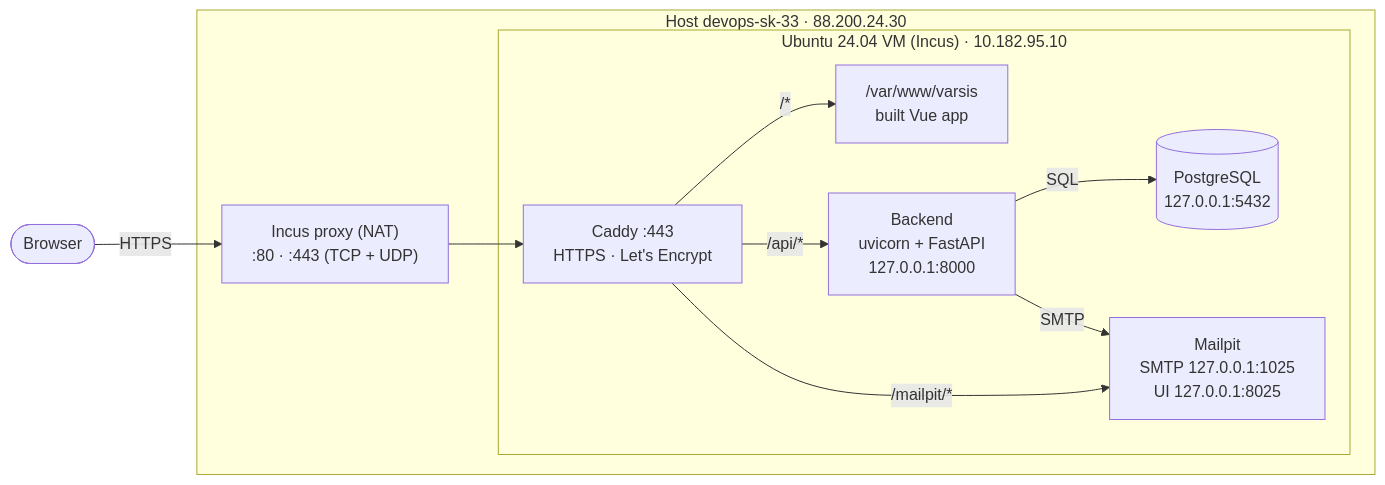
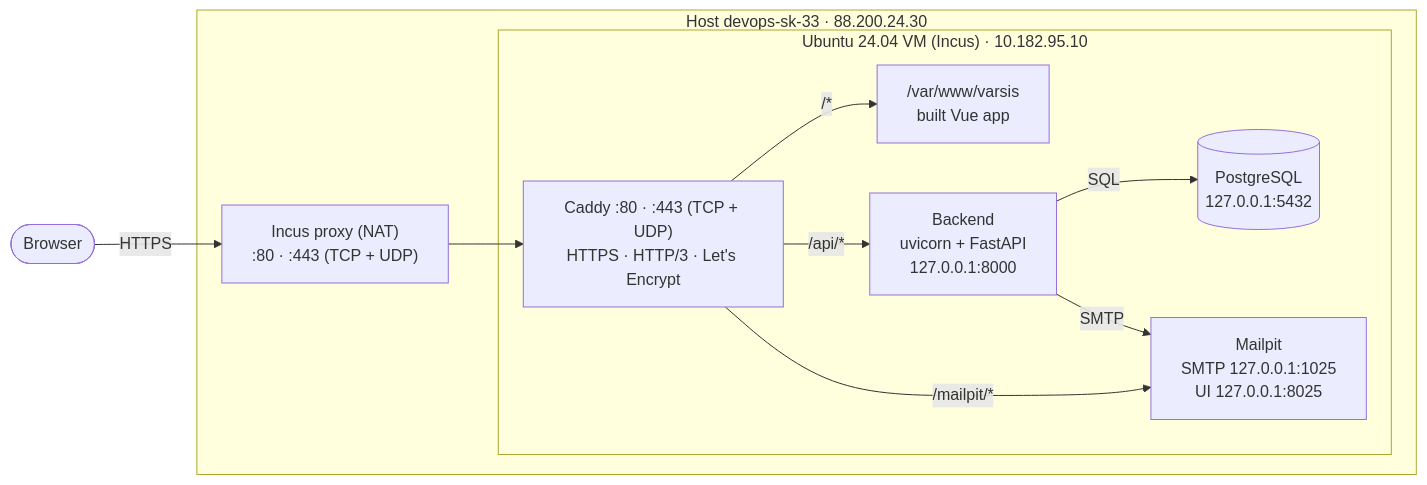
One commit to devops-fri-26/sk-33-virtualization changed the first of 2 diagrams in deploy/README.md. Above: the diagram before and after it, drawn with Mermaid. The commit also changed other lines of this file and 3 other files, not shown here.

````diff
--- a/deploy/README.md
+++ b/deploy/README.md
@@ -37,20 +37,20 @@
 ```mermaid
 flowchart LR
     browser(["Browser"])
     subgraph host["Host devops-sk-33 · 88.200.24.30"]
         proxy["Incus proxy (NAT)<br/>:80 · :443 (TCP + UDP)"]
         subgraph vm["Ubuntu 24.04 VM (Incus) · 10.182.95.10"]
-            caddy["Caddy :443<br/>HTTPS · Let's Encrypt"]
+            caddy["Caddy :80 · :443 (TCP + UDP)<br/>HTTPS · HTTP/3 · Let's Encrypt"]
             static["/var/www/varsis<br/>built Vue app"]
             backend["Backend<br/>uvicorn + FastAPI<br/>127.0.0.1:8000"]
             db[("PostgreSQL<br/>127.0.0.1:5432")]
             mailpit["Mailpit<br/>SMTP 127.0.0.1:1025<br/>UI 127.0.0.1:8025"]
         end
     end
     browser -->|"HTTPS"| proxy --> caddy
     caddy -->|"/*"| static
     caddy -->|"/api/*"| backend
     caddy -->|"/mailpit/*"| mailpit
     backend -->|"SQL"| db
     backend -->|"SMTP"| mailpit
 ```
````
